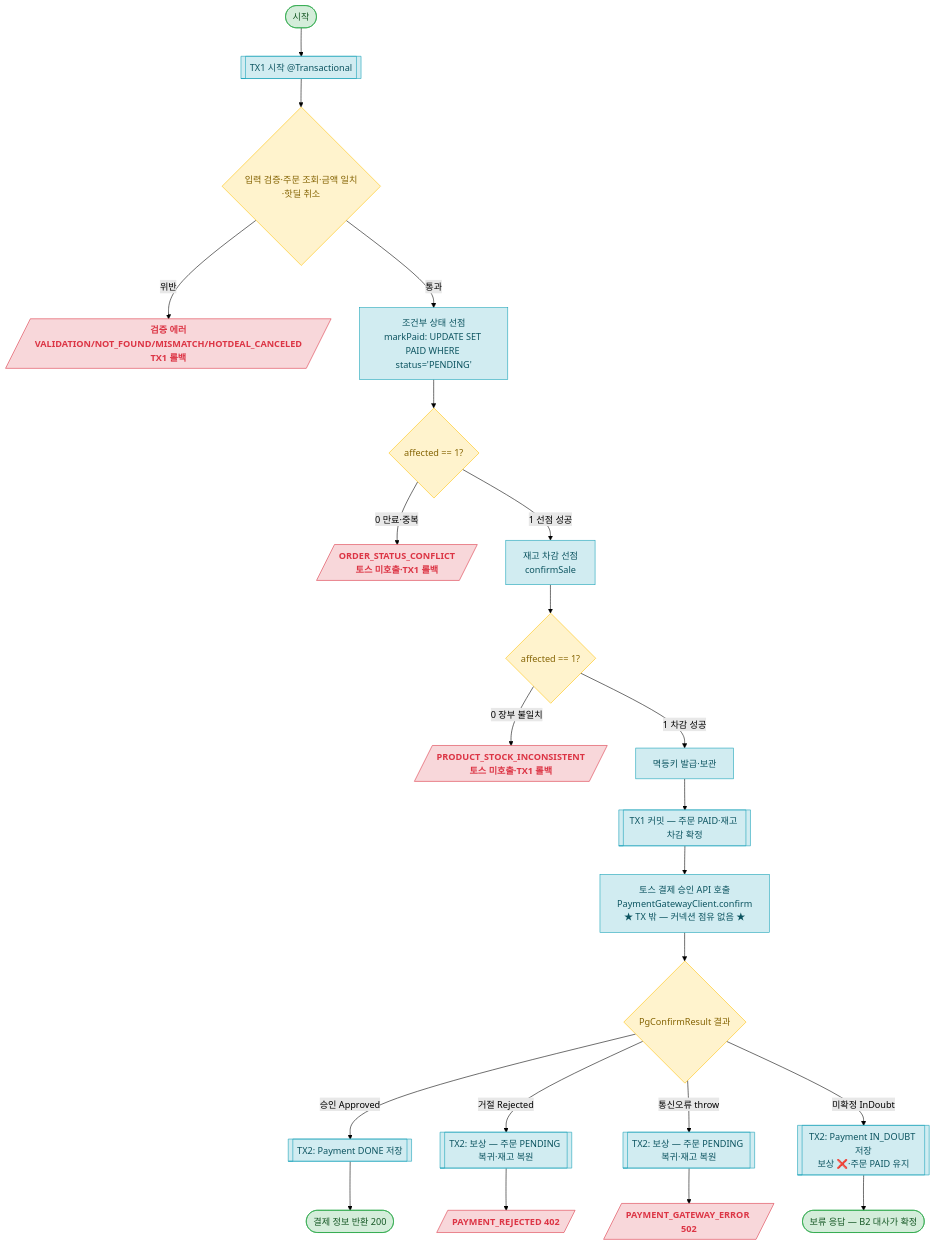
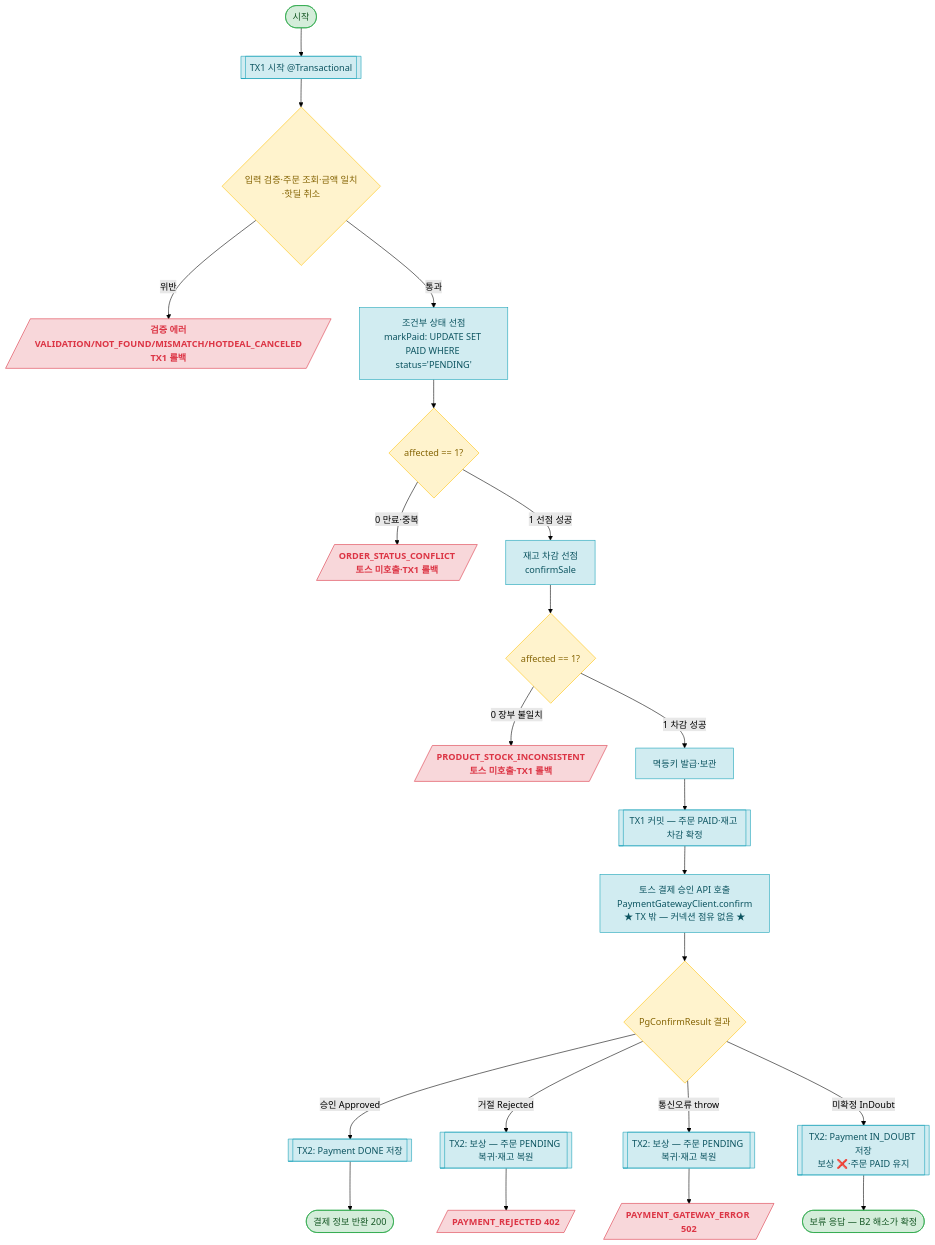
Before and after one commit to Ting97ok/hotdeal-commerce: the second of 2 diagrams in docs/payment/api-design-user.md, drawn with Mermaid (forest theme). The commit also changed other lines of this file and 2 other files, not shown here.

````diff
--- a/docs/payment/api-design-user.md
+++ b/docs/payment/api-design-user.md
@@ -213,29 +213,29 @@
 ```mermaid
 flowchart TD
     A([시작]):::success --> TX1[["TX1 시작 @Transactional"]]:::process
     TX1 --> B{입력 검증·주문 조회·금액 일치·핫딜 취소}:::decision
     B -- 위반 --> C[/검증 에러\nVALIDATION/NOT_FOUND/MISMATCH/HOTDEAL_CANCELED\nTX1 롤백/]:::error
     B -- 통과 --> D[조건부 상태 선점\nmarkPaid: UPDATE SET PAID WHERE status='PENDING']:::process
     D --> E{affected == 1?}:::decision
     E -- 0 만료·중복 --> F[/ORDER_STATUS_CONFLICT\n토스 미호출·TX1 롤백/]:::error
     E -- 1 선점 성공 --> G[재고 차감 선점\nconfirmSale]:::process
     G --> H{affected == 1?}:::decision
     H -- 0 장부 불일치 --> I[/PRODUCT_STOCK_INCONSISTENT\n토스 미호출·TX1 롤백/]:::error
     H -- 1 차감 성공 --> J[멱등키 발급·보관]:::process
     J --> TX1C[["TX1 커밋 — 주문 PAID·재고 차감 확정"]]:::process
     TX1C --> K[토스 결제 승인 API 호출\nPaymentGatewayClient.confirm\n★ TX 밖 — 커넥션 점유 없음 ★]:::process
     K --> L{PgConfirmResult 결과}:::decision
     L -- 승인 Approved --> TX2D[["TX2: Payment DONE 저장"]]:::process
     TX2D --> M([결제 정보 반환 200]):::success
     L -- 거절 Rejected --> TX2R[["TX2: 보상 — 주문 PENDING 복귀·재고 복원"]]:::process
     TX2R --> N[/PAYMENT_REJECTED 402/]:::error
     L -- 통신오류 throw --> TX2E[["TX2: 보상 — 주문 PENDING 복귀·재고 복원"]]:::process
     TX2E --> O[/PAYMENT_GATEWAY_ERROR 502/]:::error
     L -- 미확정 InDoubt --> TX2I[["TX2: Payment IN_DOUBT 저장\n보상 ❌·주문 PAID 유지"]]:::process
-    TX2I --> P([보류 응답 — B2 대사가 확정]):::success
+    TX2I --> P([보류 응답 — B2 해소가 확정]):::success
 
     classDef error fill:#f8d7da,stroke:#dc3545,color:#dc3545,font-weight:bold
     classDef success fill:#d4edda,stroke:#28a745,color:#155724
     classDef process fill:#d1ecf1,stroke:#17a2b8,color:#0c5460
     classDef decision fill:#fff3cd,stroke:#ffc107,color:#856404
 ```
````
